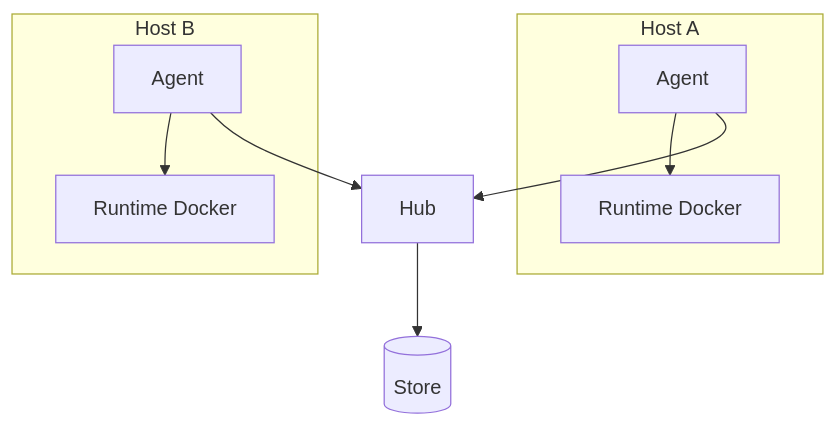
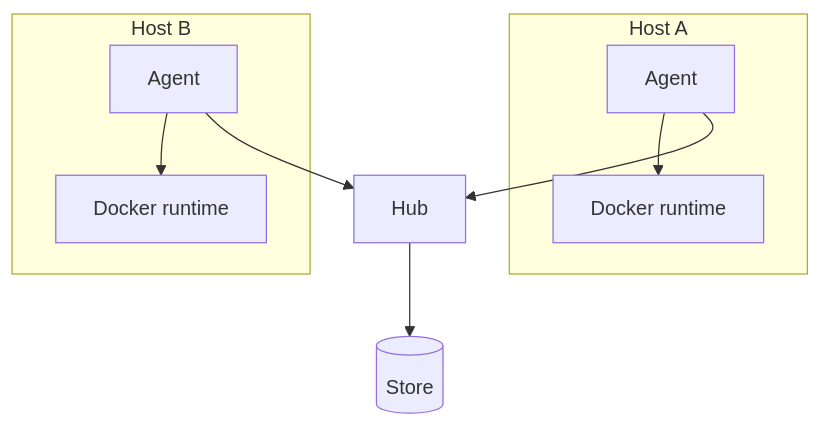
Before and after one commit to HarryRaddatz/argus-observability: the first of 3 diagrams in docs/overview.md, drawn with Mermaid. The commit also changed other lines of this file and 89 other files, not shown here.

````diff
--- a/docs/overview.md
+++ b/docs/overview.md
@@ -7,18 +7,18 @@
 ```mermaid
 flowchart TB
   subgraph hostA [Host A]
     A1[Agent]
-    D1[Runtime Docker]
+    D1[Docker runtime]
     A1 --> D1
   end
   subgraph hostB [Host B]
     A2[Agent]
-    D2[Runtime Docker]
+    D2[Docker runtime]
     A2 --> D2
   end
   Hub[Hub]
   Store[(Store)]
   A1 --> Hub
   A2 --> Hub
   Hub --> Store
 ```
````
